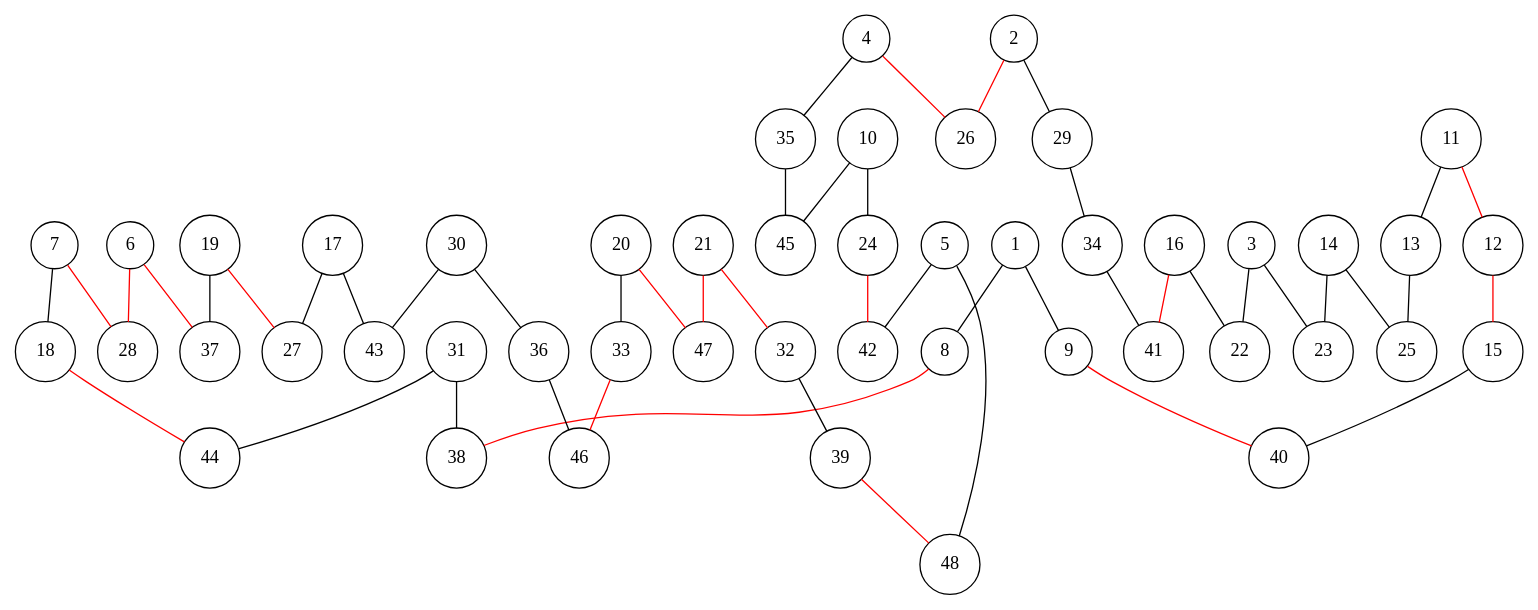
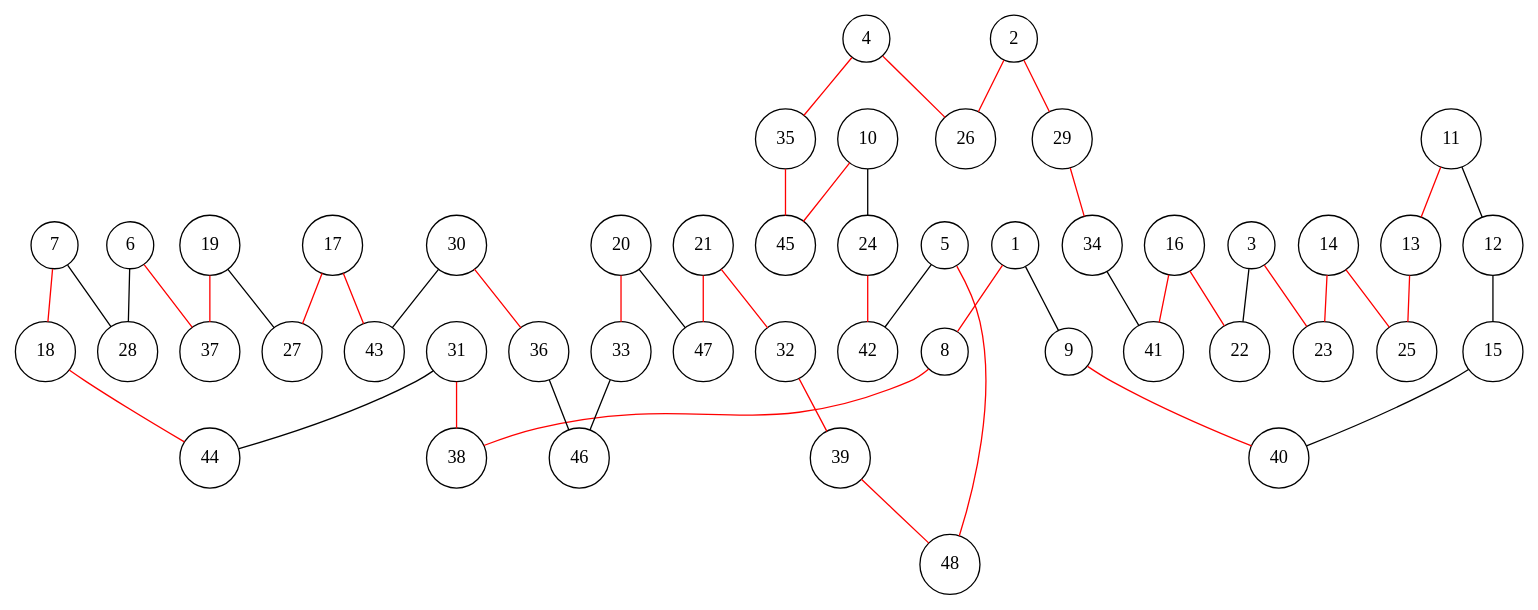
One commit to lugot/tsp-approximation changed the diagram in data_tsplib/att48/att48.3.dot. Above: the diagram before and after it, drawn with Graphviz. The commit also changed 38 other files, not shown here.

```diff
--- a/data_tsplib/att48/att48.3.dot
+++ b/data_tsplib/att48/att48.3.dot
@@ -1,100 +1,100 @@
 graph att48 {
 	node [shape=circle fillcolor=white]
 	1 [ pos = "17.351198,3.743880!"]
 	2 [ pos = "5.753672,0.025767!"]
 	3 [ pos = "14.248905,3.669157!"]
 	4 [ pos = "1.033239,2.166967!"]
 	5 [ pos = "7.941252,4.236022!"]
 	6 [ pos = "19.603195,11.486730!"]
 	7 [ pos = "19.513012,9.574852!"]
 	8 [ pos = "18.719402,3.267199!"]
 	9 [ pos = "17.773770,4.856996!"]
 	10 [ pos = "2.865241,5.279567!"]
 	11 [ pos = "14.089152,6.714764!"]
 	12 [ pos = "15.431590,7.402731!"]
 	13 [ pos = "12.125741,6.889977!"]
 	14 [ pos = "11.883535,5.243494!"]
 	15 [ pos = "16.354032,6.913167!"]
 	16 [ pos = "15.735635,1.723783!"]
 	17 [ pos = "19.610925,13.357382!"]
 	18 [ pos = "19.227003,9.250193!"]
 	19 [ pos = "19.922700,12.169544!"]
 	20 [ pos = "15.202267,9.175470!"]
 	21 [ pos = "11.551147,8.680752!"]
 	22 [ pos = "15.720175,2.860088!"]
 	23 [ pos = "13.396032,5.622262!"]
 	24 [ pos = "4.207678,7.237825!"]
 	25 [ pos = "11.097655,5.982994!"]
 	26 [ pos = "1.739242,2.592115!"]
 	27 [ pos = "19.466632,12.416903!"]
 	28 [ pos = "19.430559,10.257666!"]
 	29 [ pos = "8.186035,1.947952!"]
 	30 [ pos = "18.943571,11.610410!"]
 	31 [ pos = "19.440866,7.217212!"]
 	32 [ pos = "8.361247,8.515846!"]
 	33 [ pos = "16.557588,8.175728!"]
 	34 [ pos = "11.873229,3.086833!"]
 	35 [ pos = "0.059263,5.709869!"]
 	36 [ pos = "18.675599,9.737181!"]
 	37 [ pos = "20.000000,11.839732!"]
 	38 [ pos = "19.046637,5.782015!"]
 	39 [ pos = "8.977068,7.289358!"]
 	40 [ pos = "16.158207,5.501159!"]
 	41 [ pos = "12.844628,0.360732!"]
 	42 [ pos = "4.936872,4.042772!"]
 	43 [ pos = "18.758052,12.623035!"]
 	44 [ pos = "19.348106,8.345787!"]
 	45 [ pos = "0.025767,6.895130!"]
 	46 [ pos = "17.539294,7.711930!"]
 	47 [ pos = "13.359959,8.394744!"]
 	48 [ pos = "7.789230,5.003865!"]
 
-	1 -- 8 [color = black]
+	1 -- 8 [color = red]
 	1 -- 9 [color = black]
 	2 -- 26 [color = red]
-	2 -- 29 [color = black]
+	2 -- 29 [color = red]
 	3 -- 22 [color = black]
-	3 -- 23 [color = black]
+	3 -- 23 [color = red]
 	4 -- 26 [color = red]
-	4 -- 35 [color = black]
+	4 -- 35 [color = red]
 	5 -- 42 [color = black]
-	5 -- 48 [color = black]
-	6 -- 28 [color = red]
+	5 -- 48 [color = red]
+	6 -- 28 [color = black]
 	6 -- 37 [color = red]
-	7 -- 18 [color = black]
-	7 -- 28 [color = red]
+	7 -- 18 [color = red]
+	7 -- 28 [color = black]
 	8 -- 38 [color = red]
 	9 -- 40 [color = red]
 	10 -- 24 [color = black]
-	10 -- 45 [color = black]
-	11 -- 12 [color = red]
-	11 -- 13 [color = black]
-	12 -- 15 [color = red]
-	13 -- 25 [color = black]
-	14 -- 23 [color = black]
-	14 -- 25 [color = black]
+	10 -- 45 [color = red]
+	11 -- 12 [color = black]
+	11 -- 13 [color = red]
+	12 -- 15 [color = black]
+	13 -- 25 [color = red]
+	14 -- 23 [color = red]
+	14 -- 25 [color = red]
 	15 -- 40 [color = black]
-	16 -- 22 [color = black]
+	16 -- 22 [color = red]
 	16 -- 41 [color = red]
-	17 -- 27 [color = black]
-	17 -- 43 [color = black]
+	17 -- 27 [color = red]
+	17 -- 43 [color = red]
 	18 -- 44 [color = red]
-	19 -- 27 [color = red]
-	19 -- 37 [color = black]
-	20 -- 33 [color = black]
-	20 -- 47 [color = red]
+	19 -- 27 [color = black]
+	19 -- 37 [color = red]
+	20 -- 33 [color = red]
+	20 -- 47 [color = black]
 	21 -- 32 [color = red]
 	21 -- 47 [color = red]
 	24 -- 42 [color = red]
-	29 -- 34 [color = black]
-	30 -- 36 [color = black]
+	29 -- 34 [color = red]
+	30 -- 36 [color = red]
 	30 -- 43 [color = black]
-	31 -- 38 [color = black]
+	31 -- 38 [color = red]
 	31 -- 44 [color = black]
-	32 -- 39 [color = black]
-	33 -- 46 [color = red]
+	32 -- 39 [color = red]
+	33 -- 46 [color = black]
 	34 -- 41 [color = black]
-	35 -- 45 [color = black]
+	35 -- 45 [color = red]
 	36 -- 46 [color = black]
 	39 -- 48 [color = red]
 }
```
